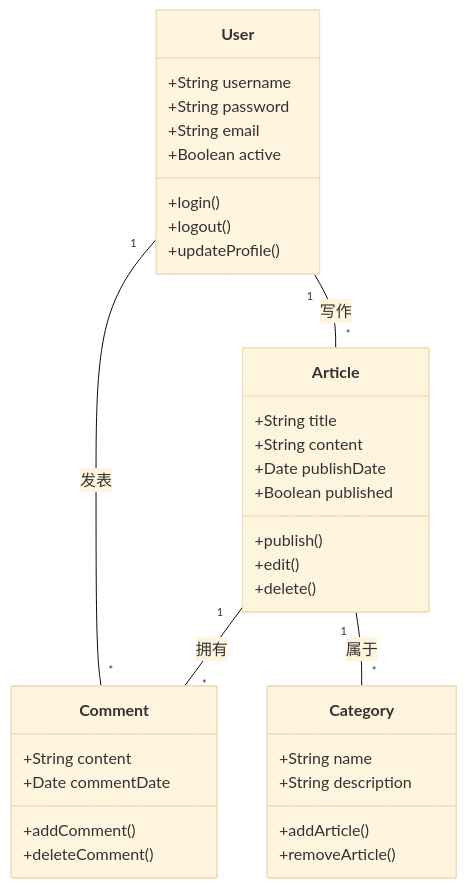
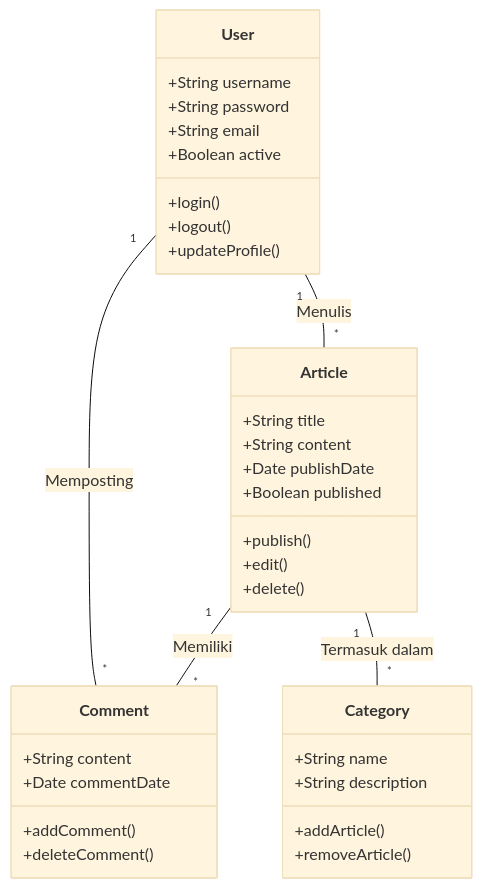
Before and after one commit to abqoryme/LightKira: the fourth of 6 diagrams in src/content/posts/markdown-mermaid.md, drawn with Mermaid (base theme). The commit also changed other lines of this file and 12 other files, not shown here.

````diff
--- a/src/content/posts/markdown-mermaid.md
+++ b/src/content/posts/markdown-mermaid.md
@@ -105,41 +105,42 @@
 ```mermaid
 classDiagram
     class User {
         +String username
         +String password
         +String email
         +Boolean active
         +login()
         +logout()
         +updateProfile()
     }
     
     class Article {
         +String title
         +String content
         +Date publishDate
         +Boolean published
         +publish()
         +edit()
         +delete()
     }
     
     class Comment {
         +String content
         +Date commentDate
         +addComment()
         +deleteComment()
     }
     
     class Category {
         +String name
         +String description
         +addArticle()
         +removeArticle()
     }
     
-    User "1" -- "*" Article : 写作
-    User "1" -- "*" Comment : 发表
-    Article "1" -- "*" Comment : 拥有
-    Article "1" -- "*" Category : 属于
+    User "1" -- "*" Article : Menulis
+    User "1" -- "*" Comment : Memposting
+    Article "1" -- "*" Comment : Memiliki
+    Article "1" -- "*" Category : Termasuk dalam
+
 ```
````
